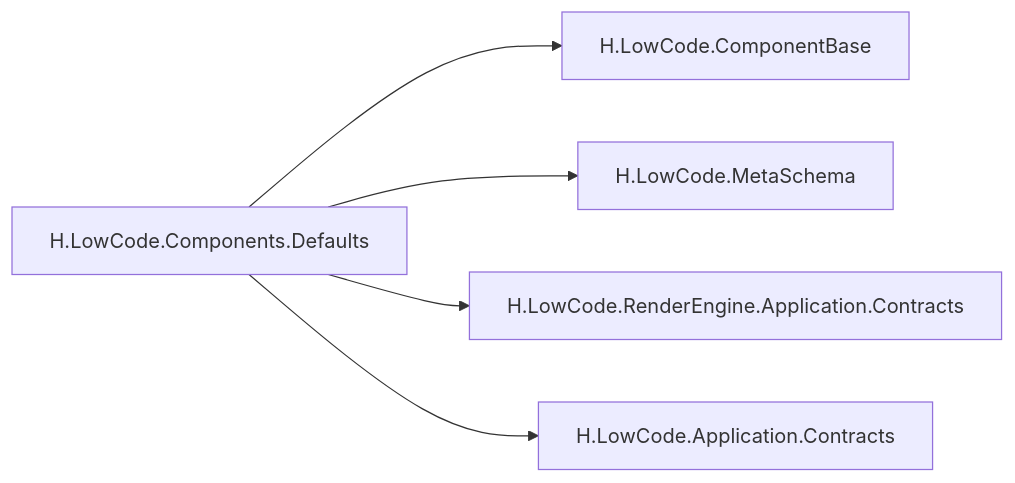
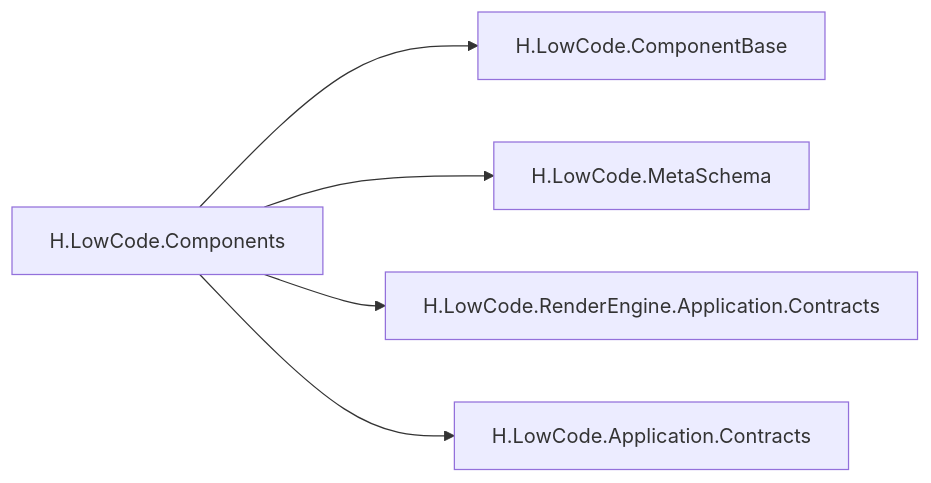
Before and after one commit to openlowcodelab/lowcode: the third of 3 diagrams in .qoder/repowiki/zh/content/低代码引擎/组件系统/默认组件库/默认组件库.md, drawn with Mermaid. The commit also changed other lines of this file and 90 other files, not shown here.

Commit message:
[LowCode] 组件库重命名

````diff
--- a/.qoder/repowiki/zh/content/低代码引擎/组件系统/默认组件库/默认组件库.md
+++ b/.qoder/repowiki/zh/content/低代码引擎/组件系统/默认组件库/默认组件库.md
@@ -189,7 +189,7 @@
 ```mermaid
 graph LR
-Defaults["H.LowCode.Components.Defaults"] --> CB["H.LowCode.ComponentBase"]
+Defaults["H.LowCode.Components"] --> CB["H.LowCode.ComponentBase"]
 Defaults --> MS["H.LowCode.MetaSchema"]
 Defaults --> REContracts["H.LowCode.RenderEngine.Application.Contracts"]
 Defaults --> AppContracts["H.LowCode.Application.Contracts"]
 ```
````
